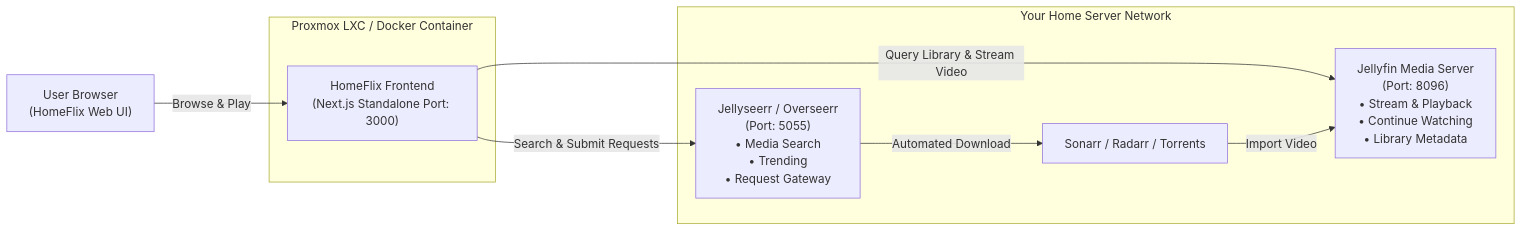
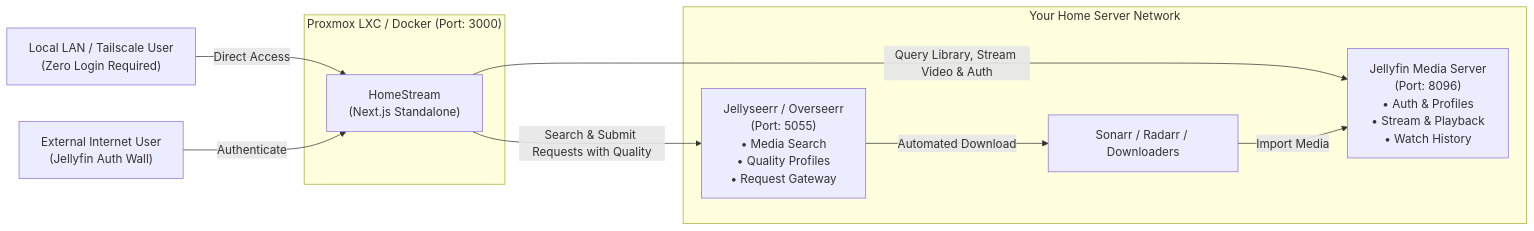
One commit to Eckobrew/HomeFlix changed the diagram in README.md. Above: the diagram before and after it, drawn with Mermaid. The commit also changed other lines of this file and 1 other file, not shown here.

Commit message:
docs: use HomeStream exclusively with zero references to old naming

````diff
--- a/README.md
+++ b/README.md
@@ -55,20 +75,22 @@
 ```mermaid
 flowchart LR
-    User["User Browser\n(HomeFlix Web UI)"]
+    UserLAN["Local LAN / Tailscale User\n(Zero Login Required)"]
+    UserWAN["External Internet User\n(Jellyfin Auth Wall)"]
     
-    subgraph Proxmox ["Proxmox LXC / Docker Container"]
-        HomeFlix["HomeFlix Frontend\n(Next.js Standalone Port: 3000)"]
+    subgraph Proxmox ["Proxmox LXC / Docker (Port: 3000)"]
+        HomeStream["HomeStream\n(Next.js Standalone)"]
     end
     
     subgraph MediaStack ["Your Home Server Network"]
-        Jellyfin["Jellyfin Media Server\n(Port: 8096)\n• Stream & Playback\n• Continue Watching\n• Library Metadata"]
-        Seerr["Jellyseerr / Overseerr\n(Port: 5055)\n• Media Search\n• Trending\n• Request Gateway"]
-        Arr["Sonarr / Radarr / Torrents"]
+        Jellyfin["Jellyfin Media Server\n(Port: 8096)\n• Auth & Profiles\n• Stream & Playback\n• Watch History"]
+        Seerr["Jellyseerr / Overseerr\n(Port: 5055)\n• Media Search\n• Quality Profiles\n• Request Gateway"]
+        Arr["Sonarr / Radarr / Downloaders"]
     end
     
-    User -->|Browse & Play| HomeFlix
-    HomeFlix -->|Query Library & Stream Video| Jellyfin
-    HomeFlix -->|Search & Submit Requests| Seerr
+    UserLAN -->|Direct Access| HomeStream
+    UserWAN -->|Authenticate| HomeStream
+    HomeStream -->|Query Library, Stream Video & Auth| Jellyfin
+    HomeStream -->|Search & Submit Requests with Quality| Seerr
     Seerr -->|Automated Download| Arr
-    Arr -->|Import Video| Jellyfin
+    Arr -->|Import Media| Jellyfin
 ```
````
